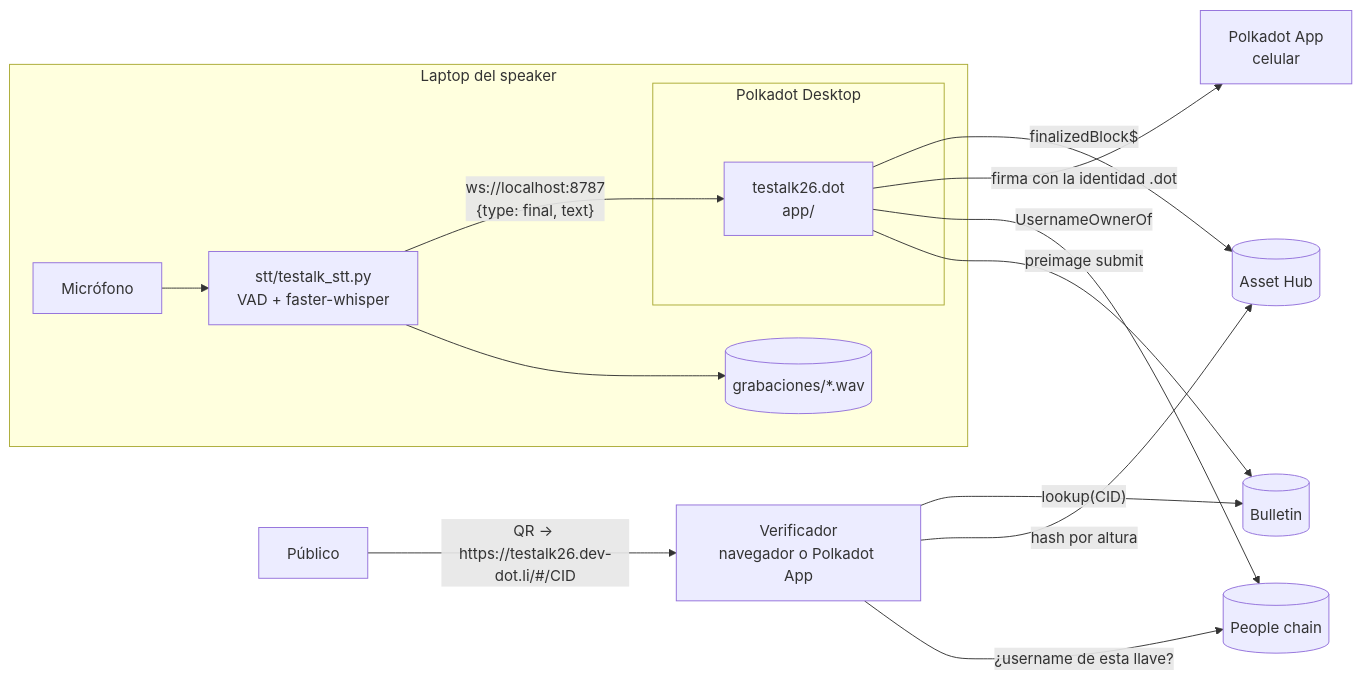
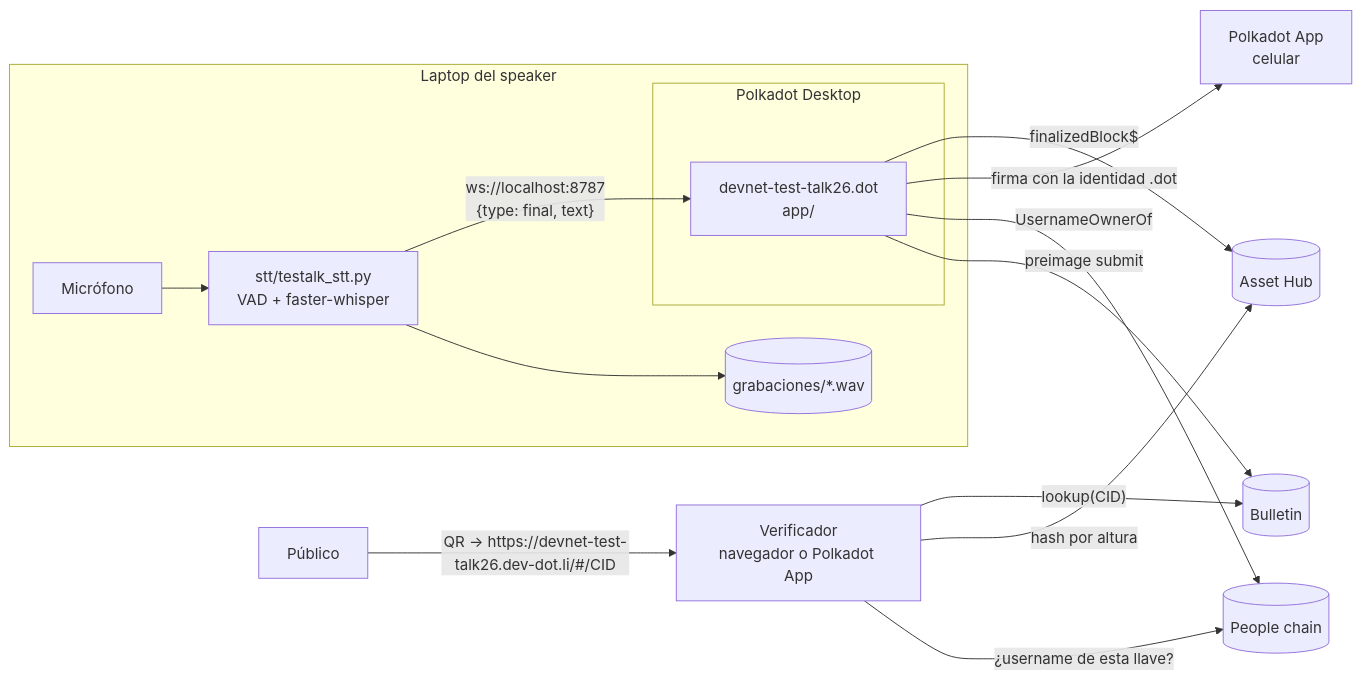
One commit to w3nerick/testalk changed the diagram in docs/architecture.md. Above: the diagram before and after it, drawn with Mermaid. The commit also changed other lines of this file and 7 other files, not shown here.

First line of the commit message:
Dominio devnet-test-talk26: testalk26 pide personhood en DotNS v2

````diff
--- a/docs/architecture.md
+++ b/docs/architecture.md
@@ -6,19 +6,19 @@
 ```mermaid
 flowchart LR
     subgraph Laptop del speaker
         MIC[Micrófono] --> STT[stt/testalk_stt.py<br/>VAD + faster-whisper]
         STT -- "ws://localhost:8787<br/>{type: final, text}" --> APP
         STT --> WAV[(grabaciones/*.wav)]
         subgraph Polkadot Desktop
-            APP[testalk26.dot<br/>app/]
+            APP[devnet-test-talk26.dot<br/>app/]
         end
     end
     APP -- "finalizedBlock$" --> AH[(Asset Hub)]
     APP -- "firma con la identidad .dot" --> PA[Polkadot App<br/>celular]
     APP -- "UsernameOwnerOf" --> PE[(People chain)]
     APP -- "preimage submit" --> BU[(Bulletin)]
-    PUB[Público] -- "QR → https://testalk26.dev-dot.li/#/CID" --> VER[Verificador<br/>navegador o Polkadot App]
+    PUB[Público] -- "QR → https://devnet-test-talk26.dev-dot.li/#/CID" --> VER[Verificador<br/>navegador o Polkadot App]
     VER -- "lookup(CID)" --> BU
     VER -- "hash por altura" --> AH
     VER -- "¿username de esta llave?" --> PE
 ```
````
